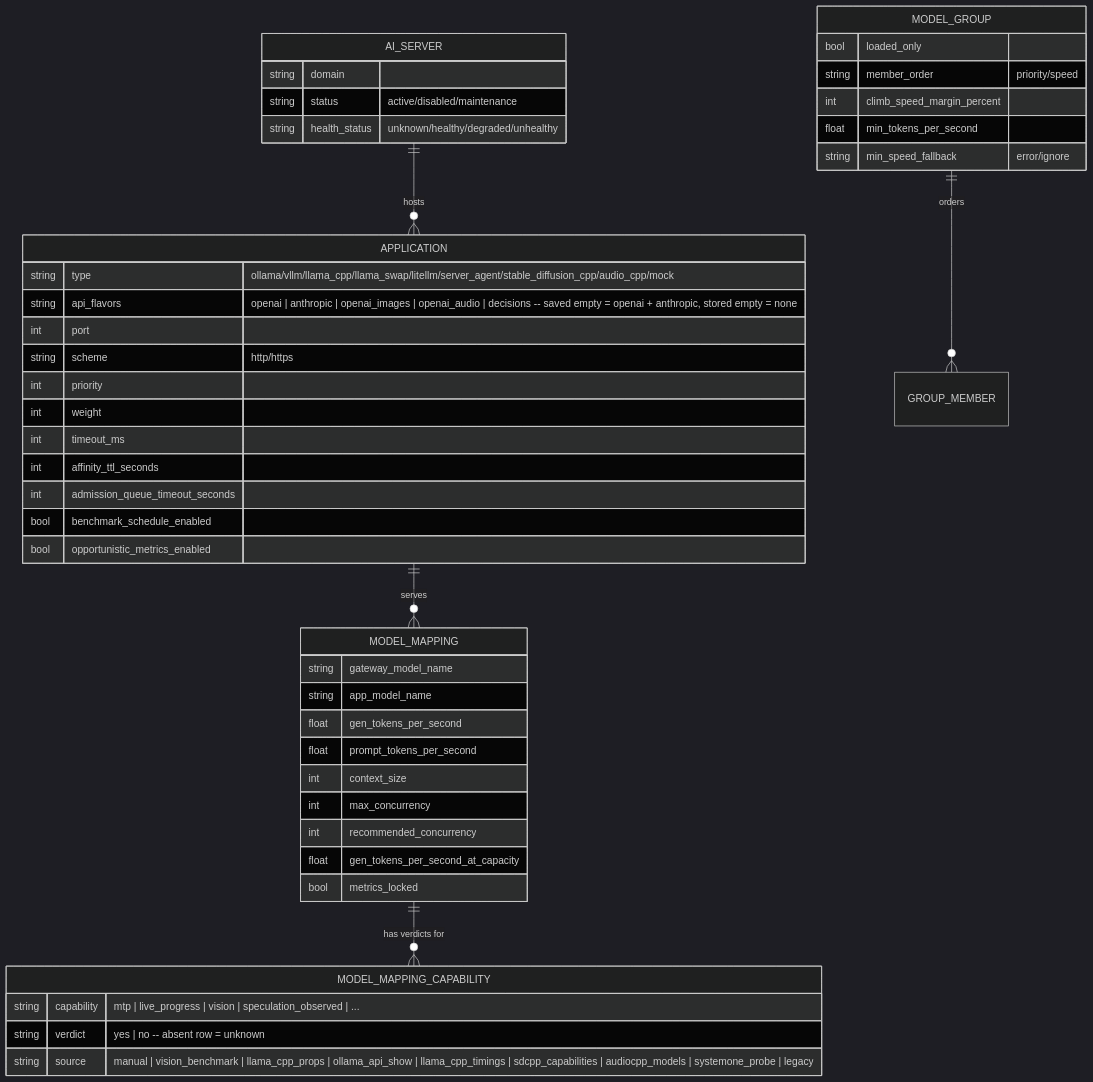
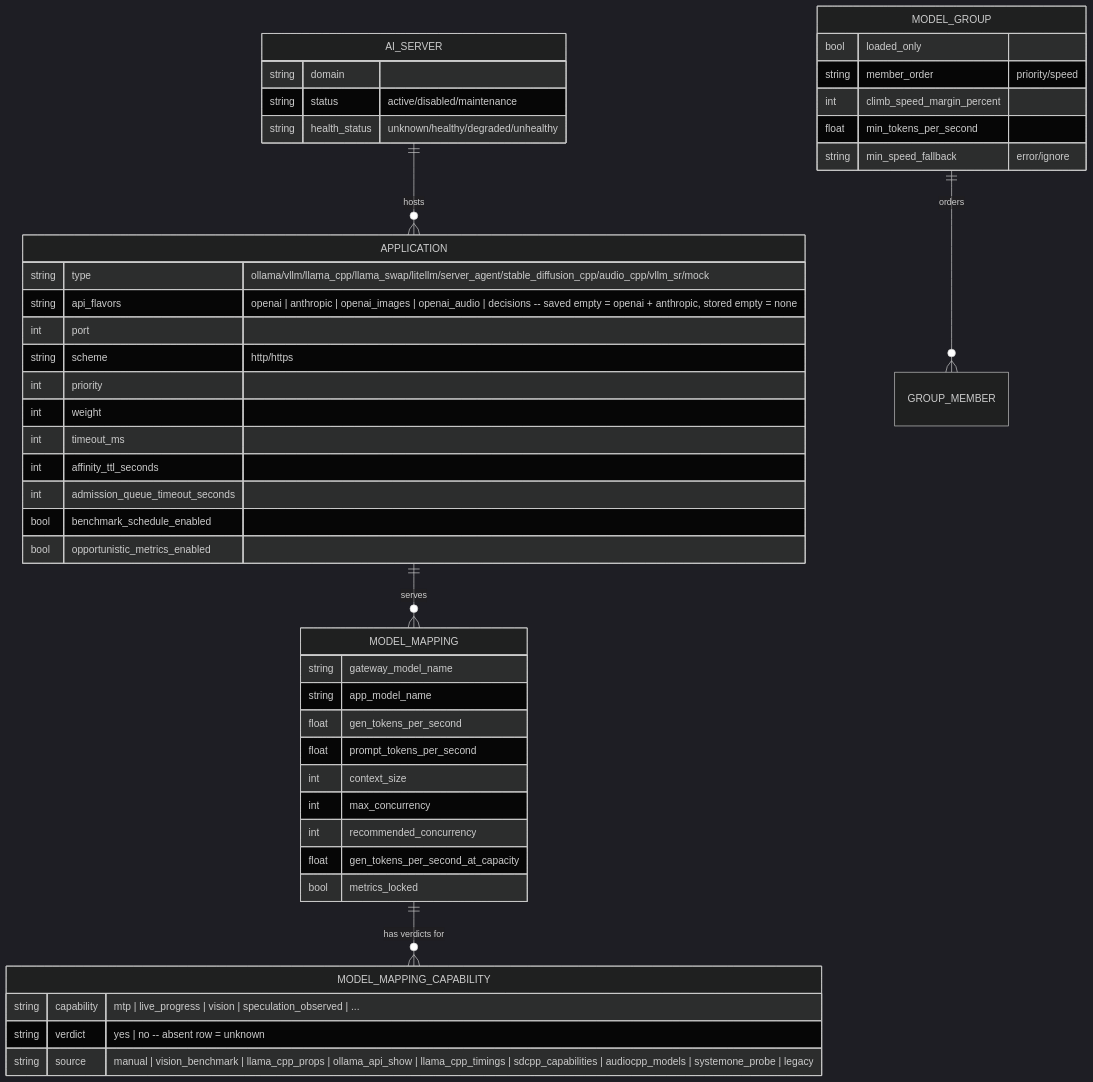
One commit to JLor08/op-ai-gateway changed the first of 5 diagrams in docs/architecture/cross-cutting/routing-and-model-selection.md. Above: the diagram before and after it, drawn with Mermaid (dark theme). The commit also changed other lines of this file and 64 other files, not shown here.

````diff
--- a/docs/architecture/cross-cutting/routing-and-model-selection.md
+++ b/docs/architecture/cross-cutting/routing-and-model-selection.md
@@ -14,49 +14,49 @@
 ```mermaid
 erDiagram
     AI_SERVER ||--o{ APPLICATION : hosts
     APPLICATION ||--o{ MODEL_MAPPING : serves
     MODEL_MAPPING ||--o{ MODEL_MAPPING_CAPABILITY : "has verdicts for"
     MODEL_GROUP ||--o{ GROUP_MEMBER : orders
 
     AI_SERVER {
         string domain
         string status "active/disabled/maintenance"
         string health_status "unknown/healthy/degraded/unhealthy"
     }
     APPLICATION {
-        string type "ollama/vllm/llama_cpp/llama_swap/litellm/server_agent/stable_diffusion_cpp/audio_cpp/mock"
+        string type "ollama/vllm/llama_cpp/llama_swap/litellm/server_agent/stable_diffusion_cpp/audio_cpp/vllm_sr/mock"
         string api_flavors "openai | anthropic | openai_images | openai_audio | decisions -- saved empty = openai + anthropic, stored empty = none"
         int port
         string scheme "http/https"
         int priority
         int weight
         int timeout_ms
         int affinity_ttl_seconds
         int admission_queue_timeout_seconds
         bool benchmark_schedule_enabled
         bool opportunistic_metrics_enabled
     }
     MODEL_MAPPING {
         string gateway_model_name
         string app_model_name
         float gen_tokens_per_second
         float prompt_tokens_per_second
         int context_size
         int max_concurrency
         int recommended_concurrency
         float gen_tokens_per_second_at_capacity
         bool metrics_locked
     }
     MODEL_MAPPING_CAPABILITY {
         string capability "mtp | live_progress | vision | speculation_observed | ..."
         string verdict "yes | no -- absent row = unknown"
         string source "manual | vision_benchmark | llama_cpp_props | ollama_api_show | llama_cpp_timings | sdcpp_capabilities | audiocpp_models | systemone_probe | legacy"
     }
     MODEL_GROUP {
         bool loaded_only
         string member_order "priority/speed"
         int climb_speed_margin_percent
         float min_tokens_per_second
         string min_speed_fallback "error/ignore"
     }
 ```
````
